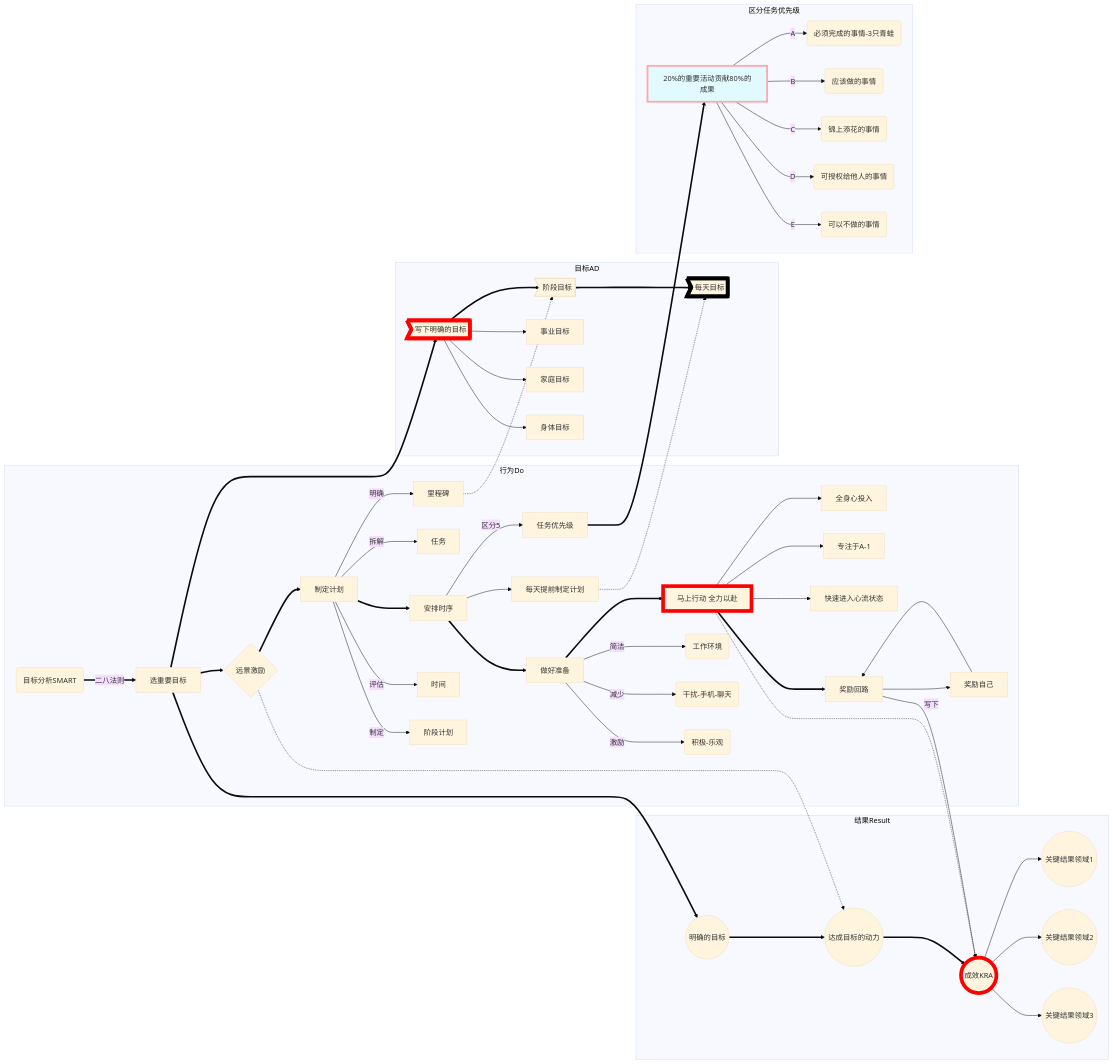
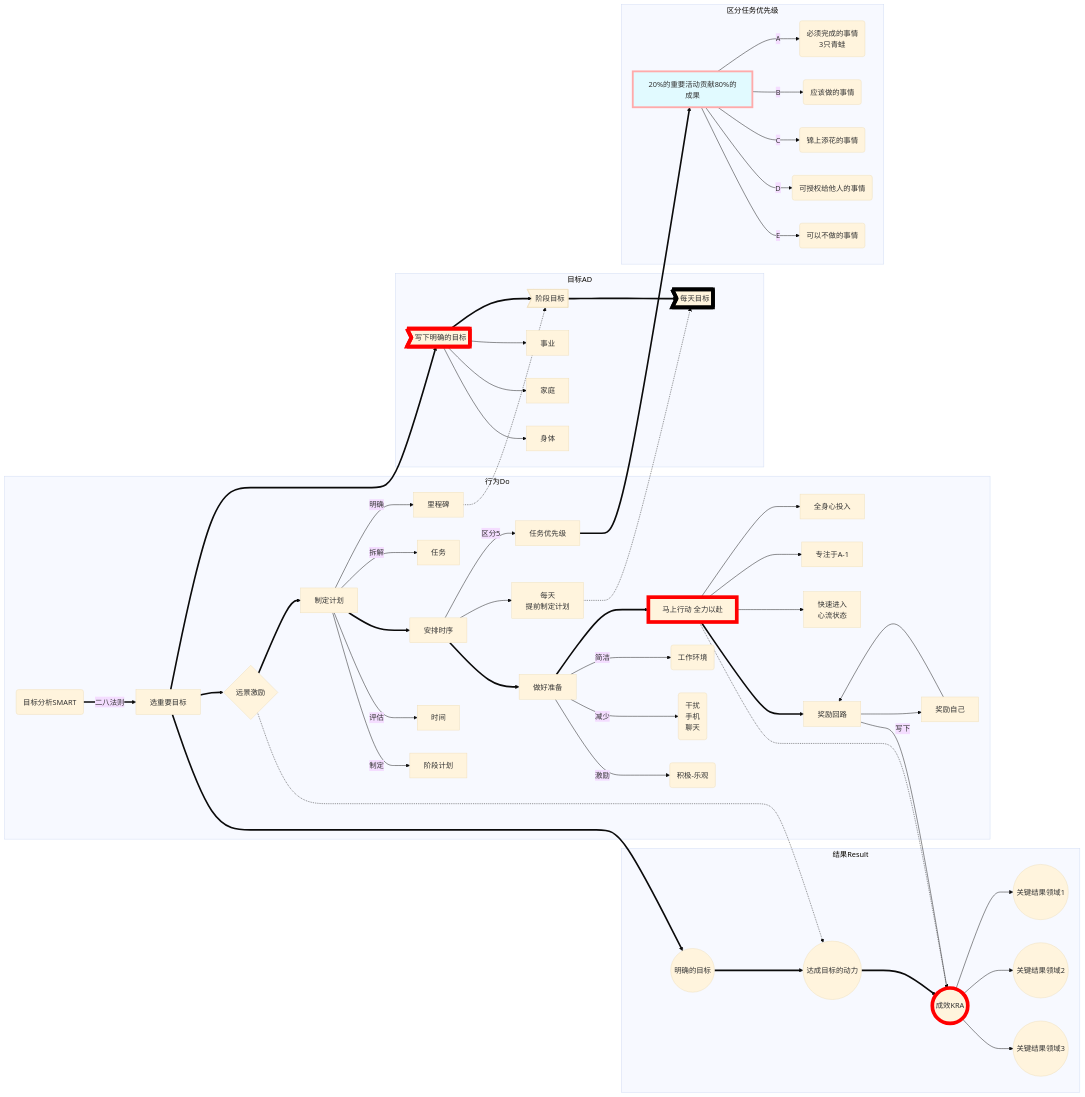
Before and after one commit to wxyClark/wxyClark.note: the diagram in Tao/frog.md, drawn with Mermaid (base theme). The commit also changed 9 other files, not shown here.

````diff
--- a/Tao/frog.md
+++ b/Tao/frog.md
@@ -27,79 +27,79 @@
 ```mermaid
 graph LR
     D2==>R1
     D2==>A1
     D3-.->R2
     D42-.->A2
     D52-.->A3
     D7-.->R3
     D51==>O1
 
     subgraph 结果Result
 
         R1((明确的目标))==>R2((达成目标的动力))
 
         R2==>R3((成效KRA))
 
         R3-->R31((关键结果领域1))
         R3-->R32((关键结果领域2))
         R3-->R33((关键结果领域3))
     end
 
     subgraph 行为Do
 
         D1(目标分析SMART)==二八法则==>D2[选重要目标]
         D2==>D3{远景激励}
 
         D3==>D4[制定计划]
             D4--拆解-->D41[任务]
             D4--明确-->D42[里程碑]
         D4==>D5[安排时序]
             D4--评估-->D43[时间]
             D4--制定-->D44[阶段计划]
 
-            D5-->D52[每天提前制定计划]
+            D5-->D52[每天<br>提前制定计划]
         D5==>D6[做好准备]
             D5--区分5-->D51[任务优先级]
 
             D6--简洁-->D61(工作环境)
-            D6--减少-->D62(干扰-手机-聊天)
+            D6--减少-->D62(干扰<br>手机<br>聊天)
             D6--激励-->D63(积极-乐观)
         
         D6==>D7[马上行动 全力以赴]
             D7-->D71[全身心投入]
             D7-->D72[专注于A-1]
-            D7-->D73[快速进入心流状态]
+            D7-->D73[快速进入<br>心流状态]
 
         D7==>D8[奖励回路]   
             D8--写下-->R3
             D8-->D82[奖励自己]
             D82-->D8
     end
 
     subgraph 目标AD
 
         A1>写下明确的目标]
-            A1-->A11[事业目标]
-            A1-->A12[家庭目标]
-            A1-->A13[身体目标]
+            A1-->A11[事业]
+            A1-->A12[家庭]
+            A1-->A13[身体]
         A1==>A2>阶段目标]
         A2==>A3>每天目标]
     end
 
     subgraph 区分任务优先级
 
         O1[20%的重要活动贡献80%的成果]
-        O1--A-->O11(必须完成的事情-3只青蛙)
+        O1--A-->O11(必须完成的事情<br>3只青蛙)
         O1--B-->O12(应该做的事情)
         O1--C-->O13(锦上添花的事情)
         O1--D-->O14(可授权给他人的事情)
         O1--E-->O15(可以不做的事情)
     end
 
     style A1 stroke:#F00,stroke-width:8px;  
     style D7 stroke:#F00,stroke-width:8px; 
     style R3 stroke:#F00,stroke-width:8px;  
 
     style O1 fill:#2ff,fill-opacity:0.1,stroke:#faa,stroke-width:4px
     style A3 stroke:#000,stroke-width:8px;
 ```
````
